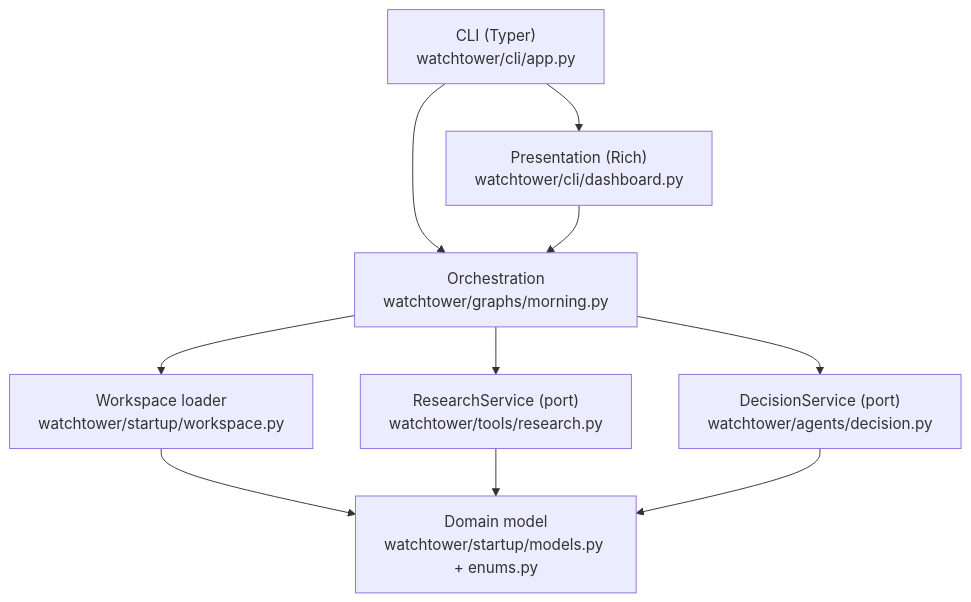
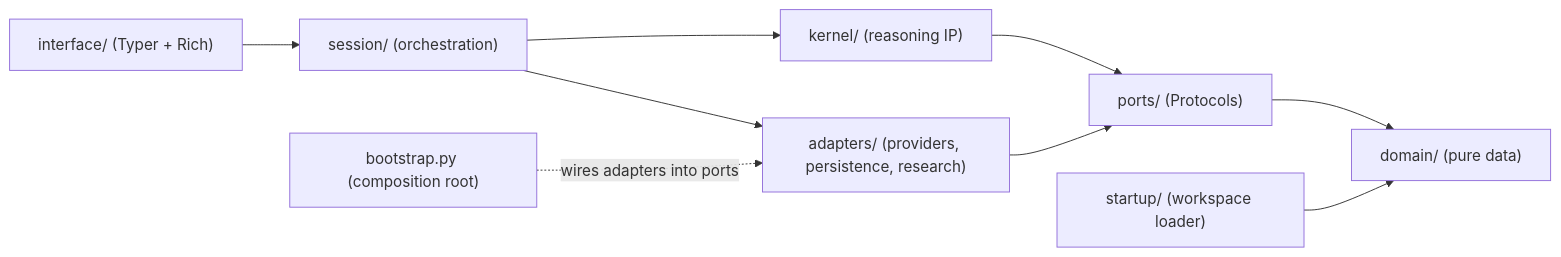
The first of 3 diagrams in ARCHITECTURE.md (aashaygarg/watchtower), drawn with Mermaid before and after one commit. The commit also changed other lines of this file and 73 other files, not shown here.

````diff
--- a/ARCHITECTURE.md
+++ b/ARCHITECTURE.md
@@ -22,12 +22,11 @@
 ```mermaid
-flowchart TD
-    CLI["CLI (Typer)\nwatchtower/cli/app.py"] --> Routine["Orchestration\nwatchtower/graphs/morning.py"]
-    CLI --> Dashboard["Presentation (Rich)\nwatchtower/cli/dashboard.py"]
-    Routine --> Loader["Workspace loader\nwatchtower/startup/workspace.py"]
-    Routine --> Research["ResearchService (port)\nwatchtower/tools/research.py"]
-    Routine --> Decision["DecisionService (port)\nwatchtower/agents/decision.py"]
-    Loader --> Domain["Domain model\nwatchtower/startup/models.py + enums.py"]
-    Research --> Domain
-    Decision --> Domain
-    Dashboard --> Routine
+flowchart LR
+    interface["interface/ (Typer + Rich)"] --> session["session/ (orchestration)"]
+    session --> kernel["kernel/ (reasoning IP)"]
+    session --> adapters["adapters/ (providers, persistence, research)"]
+    kernel --> ports["ports/ (Protocols)"]
+    ports --> domain["domain/ (pure data)"]
+    adapters --> ports
+    startup["startup/ (workspace loader)"] --> domain
+    bootstrap["bootstrap.py (composition root)"] -. wires adapters into ports .-> adapters
 ```
````
